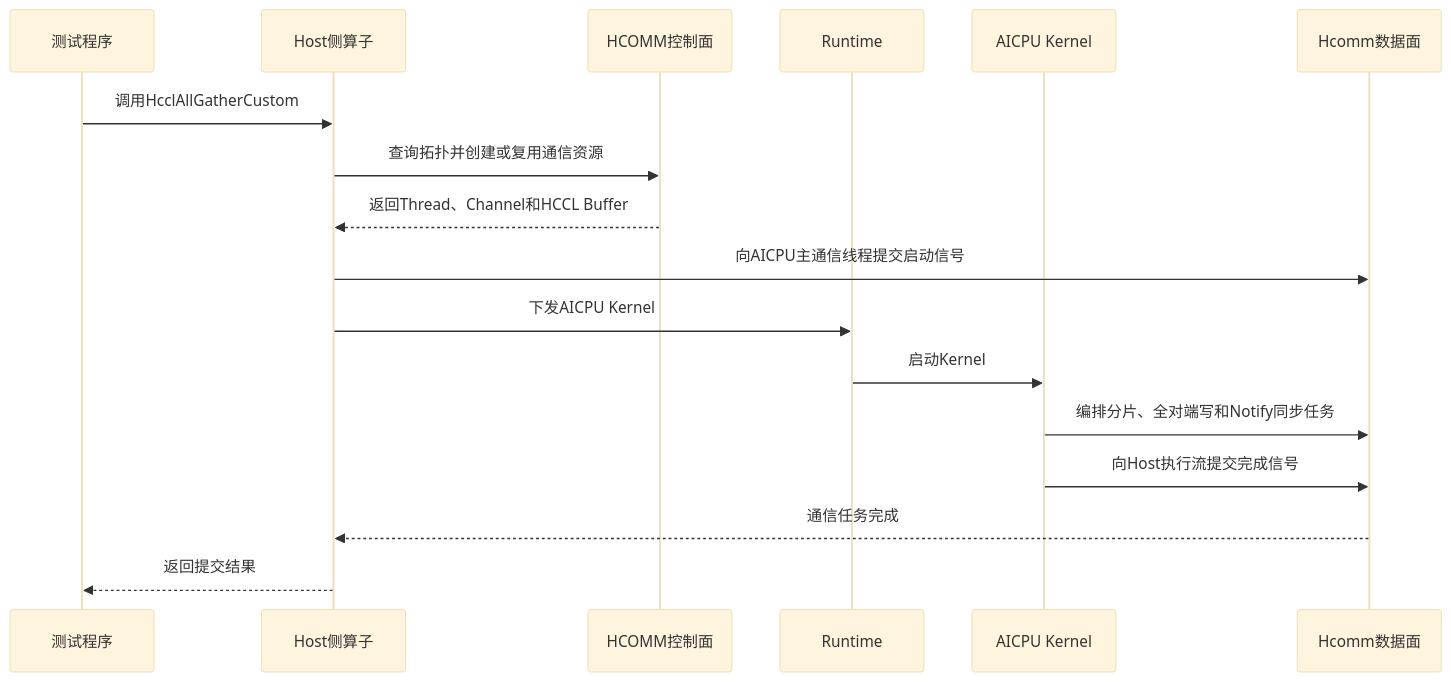
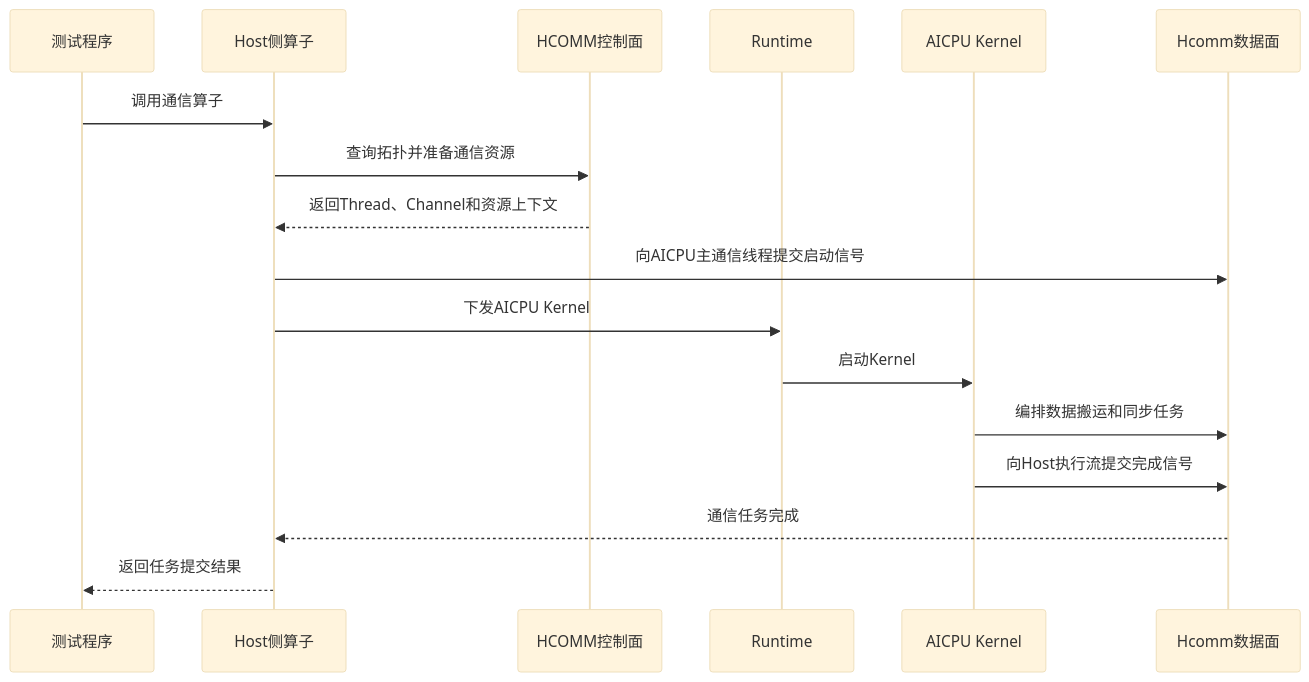
Before and after one commit to Atlas-Ascend-Fork/asc-comm: the diagram in docs/zh/算子实现/直驱/Hcomm算子的实现.md, drawn with Mermaid (base theme). The commit also changed other lines of this file, not shown here.

````diff
--- a/docs/zh/算子实现/直驱/Hcomm算子的实现.md
+++ b/docs/zh/算子实现/直驱/Hcomm算子的实现.md
@@ -21,20 +48,20 @@
 ```mermaid
 sequenceDiagram
     participant App as 测试程序
     participant Host as Host侧算子
     participant Ctrl as HCOMM控制面
     participant Runtime as Runtime
     participant Kernel as AICPU Kernel
     participant Data as Hcomm数据面
 
-    App->>Host: 调用HcclAllGatherCustom
-    Host->>Ctrl: 查询拓扑并创建或复用通信资源
-    Ctrl-->>Host: 返回Thread、Channel和HCCL Buffer
+    App->>Host: 调用通信算子
+    Host->>Ctrl: 查询拓扑并准备通信资源
+    Ctrl-->>Host: 返回Thread、Channel和资源上下文
     Host->>Data: 向AICPU主通信线程提交启动信号
     Host->>Runtime: 下发AICPU Kernel
     Runtime->>Kernel: 启动Kernel
-    Kernel->>Data: 编排分片、全对端写和Notify同步任务
+    Kernel->>Data: 编排数据搬运和同步任务
     Kernel->>Data: 向Host执行流提交完成信号
     Data-->>Host: 通信任务完成
-    Host-->>App: 返回提交结果
+    Host-->>App: 返回任务提交结果
 ```
````
